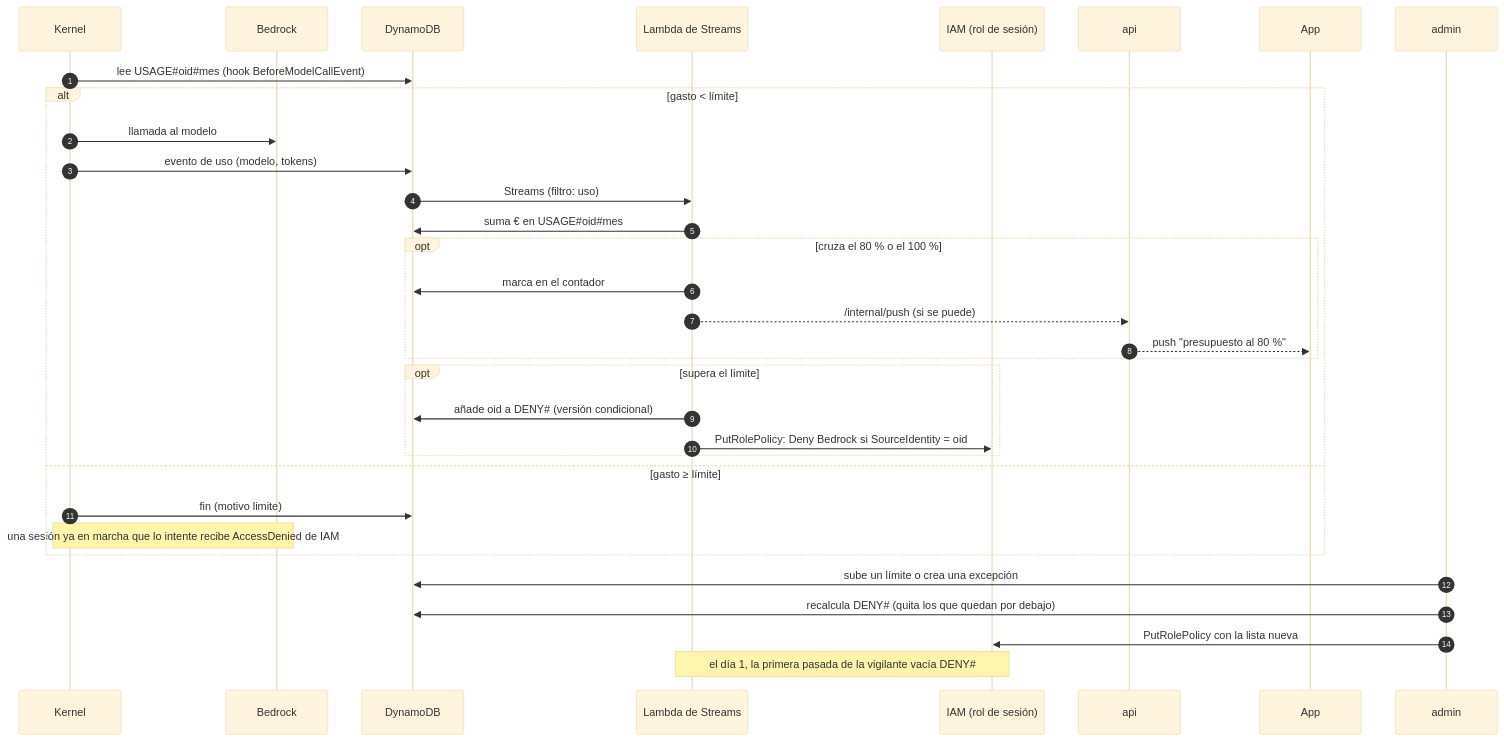
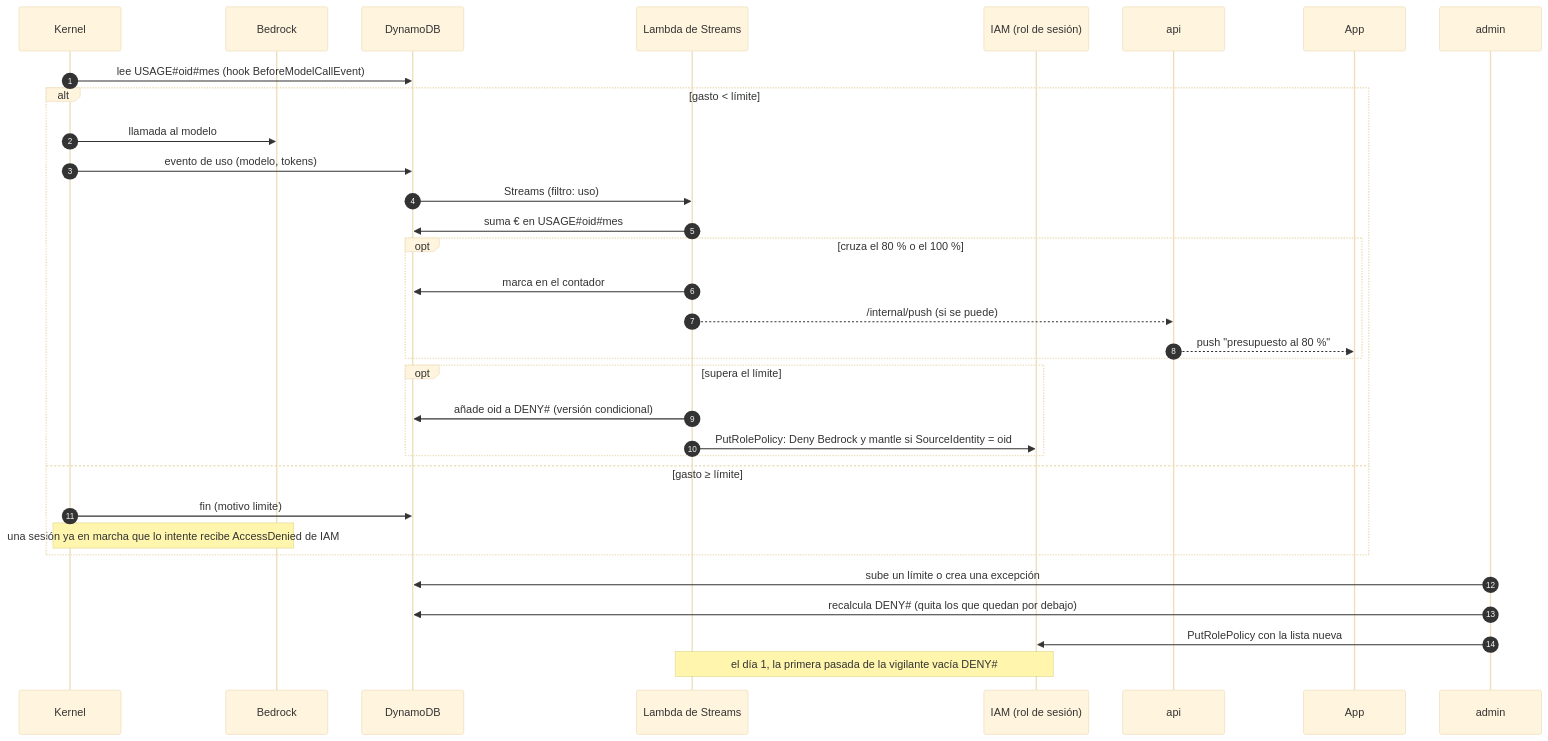
Before and after one commit to ikermendi/sample-agent-platform-with-agentcore: the eighth of 9 diagrams in docs/arquitectura-agentes.md, drawn with Mermaid (base theme). The commit also changed other lines of this file, not shown here.

````diff
--- a/docs/arquitectura-agentes.md
+++ b/docs/arquitectura-agentes.md
@@ -895,36 +903,36 @@
 ```mermaid
 sequenceDiagram
   autonumber
   participant K as Kernel
   participant B as Bedrock
   participant D as DynamoDB
   participant C as Lambda de Streams
   participant IAM as IAM (rol de sesión)
   participant API as api
   participant App as App
   participant A as admin
 
   K->>D: lee USAGE#35;oid#35;mes (hook BeforeModelCallEvent)
   alt gasto < límite
     K->>B: llamada al modelo
     K->>D: evento de uso (modelo, tokens)
     D->>C: Streams (filtro: uso)
     C->>D: suma € en USAGE#35;oid#35;mes
     opt cruza el 80 % o el 100 %
       C->>D: marca en el contador
       C-->>API: /internal/push (si se puede)
       API-->>App: push "presupuesto al 80 %"
     end
     opt supera el límite
       C->>D: añade oid a DENY#35; (versión condicional)
-      C->>IAM: PutRolePolicy: Deny Bedrock si SourceIdentity = oid
+      C->>IAM: PutRolePolicy: Deny Bedrock y mantle si SourceIdentity = oid
     end
   else gasto ≥ límite
     K->>D: fin (motivo limite)
     Note over K,B: una sesión ya en marcha que lo intente recibe AccessDenied de IAM
   end
   A->>D: sube un límite o crea una excepción
   A->>D: recalcula DENY#35; (quita los que quedan por debajo)
   A->>IAM: PutRolePolicy con la lista nueva
   Note over C,IAM: el día 1, la primera pasada de la vigilante vacía DENY#35;
 ```
````
